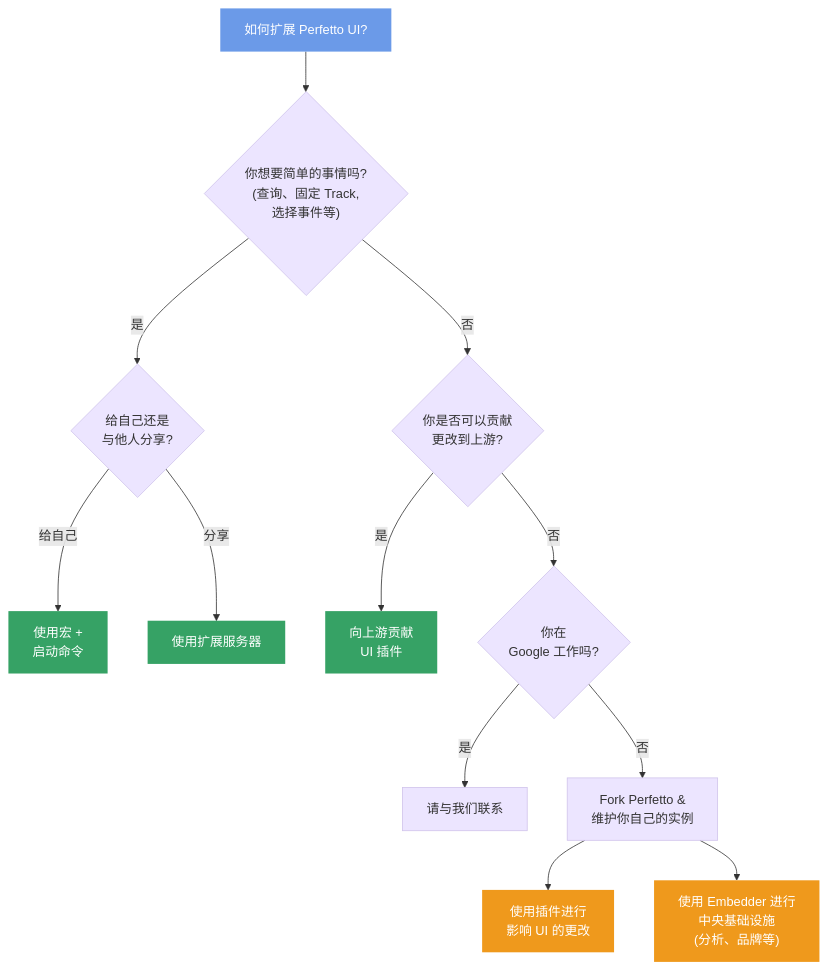
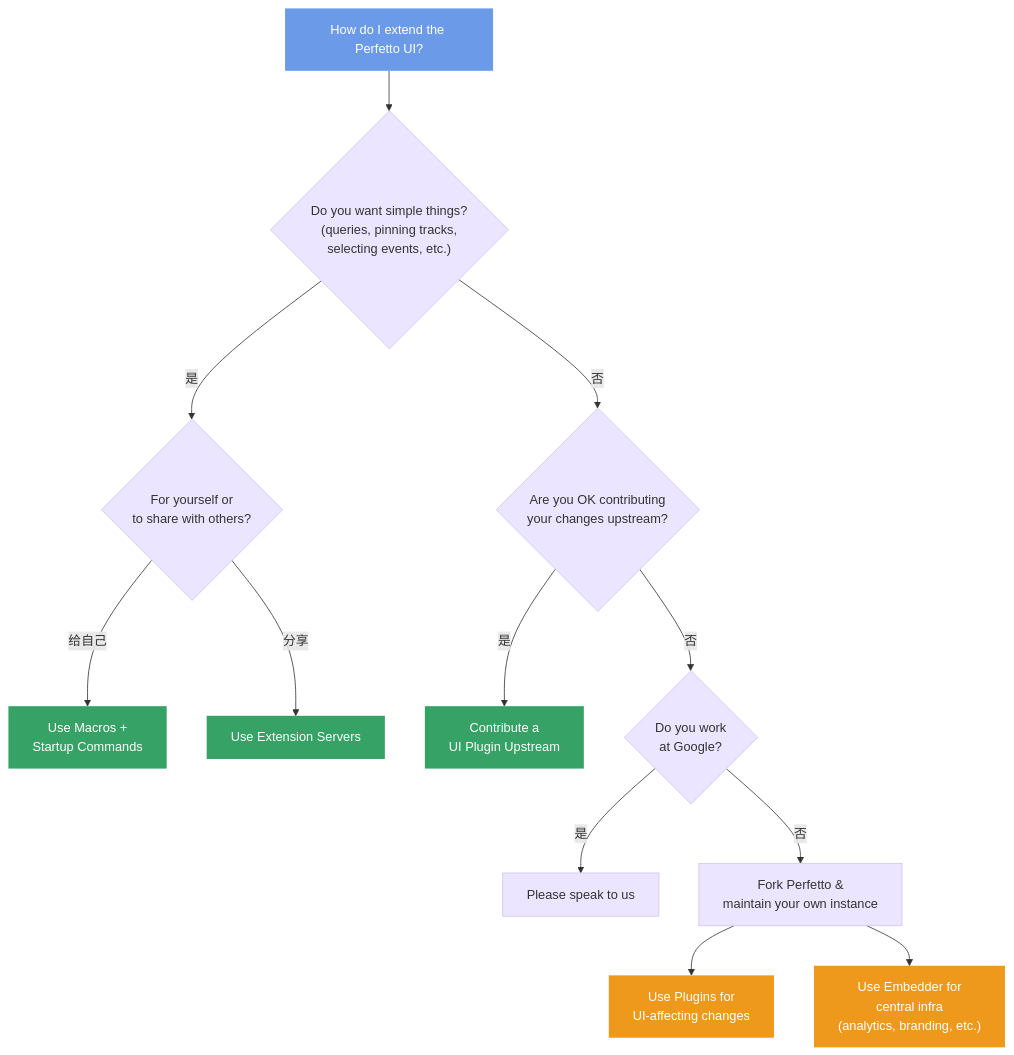
The diagram in docs/visualization/extending-the-ui.md (GuGu-Perf/perfetto-docs-zh-cn), drawn with Mermaid before and after one commit. The commit also changed 62 other files, not shown here.

````diff
--- a/docs/visualization/extending-the-ui.md
+++ b/docs/visualization/extending-the-ui.md
@@ -7,61 +7,61 @@
 ```mermaid
 graph TD
- Start["如何扩展 Perfetto UI?"]
- Q1{"你想要简单的事情吗?<br>(查询、固定 Track,<br>选择事件等)"}
+    Start["How do I extend the Perfetto UI?"]
+    Q1{"Do you want simple things?<br>(queries, pinning tracks,<br>selecting events, etc.)"}
 
- Start --> Q1
+    Start --> Q1
 
- Q2{"给自己还是<br>与他人分享?"}
- Q3{"你是否可以贡献<br>更改到上游?"}
+    Q2{"For yourself or<br>to share with others?"}
+    Q3{"Are you OK contributing<br>your changes upstream?"}
 
- Q1 -->|是| Q2
- Q1 -->|否| Q3
+    Q1 -->|是| Q2
+    Q1 -->|否| Q3
 
- Out1["使用宏 +<br>启动命令"]
- Out2["使用扩展服务器"]
+    Out1["Use Macros +<br>Startup Commands"]
+    Out2["Use Extension Servers"]
 
- Q2 -->|给自己| Out1
- Q2 -->|分享| Out2
+    Q2 -->|给自己| Out1
+    Q2 -->|分享| Out2
 
- Out3["向上游贡献<br>UI 插件"]
- Q4{"你在<br>Google 工作吗?"}
+    Out3["Contribute a<br>UI Plugin Upstream"]
+    Q4{"Do you work<br>at Google?"}
 
- Q3 -->|是| Out3
- Q3 -->|否| Q4
+    Q3 -->|是| Out3
+    Q3 -->|否| Q4
 
- Out4["请与我们联系"]
- Out5["Fork Perfetto &<br>维护你自己的实例"]
+    Out4["Please speak to us"]
+    Out5["Fork Perfetto &<br>maintain your own instance"]
 
- Q4 -->|是| Out4
- Q4 -->|否| Out5
+    Q4 -->|是| Out4
+    Q4 -->|否| Out5
 
- Out6["使用插件进行<br>影响 UI 的更改"]
- Out7["使用 Embedder 进行<br>中央基础设施<br>(分析、品牌等)"]
+    Out6["Use Plugins for<br>UI-affecting changes"]
+    Out7["Use Embedder for<br>central infra<br>(analytics, branding, etc.)"]
 
- Out5 --> Out6
- Out5 --> Out7
+    Out5 --> Out6
+    Out5 --> Out7
 
- click Out1 "/docs/visualization/ui-automation" "命令和宏"
- click Out2 "/docs/visualization/extension-servers" "扩展服务器设置"
- click Out3 "/docs/contributing/ui-plugins" "UI 插件"
- click Out4 "https://github.com/google/perfetto/issues" "打开问题"
- click Out6 "/docs/contributing/ui-plugins" "UI 插件"
+    click Out1 "/docs/visualization/ui-automation" "Commands and Macros"
+    click Out2 "/docs/visualization/extension-servers" "Extension Server Setup"
+    click Out3 "/docs/contributing/ui-plugins" "UI Plugins"
+    click Out4 "https://github.com/google/perfetto/issues" "Open an issue"
+    click Out6 "/docs/contributing/ui-plugins" "UI Plugins"
 
- %% 样式
- style Start fill:#6b9ae8,color:#fff,stroke:none
+    %% Styling
+    style Start fill:#6b9ae8,color:#fff,stroke:none
 
- style Q1 fill:#ece5ff,stroke:#d0c4eb,color:#333
- style Q2 fill:#ece5ff,stroke:#d0c4eb,color:#333
- style Q3 fill:#ece5ff,stroke:#d0c4eb,color:#333
- style Q4 fill:#ece5ff,stroke:#d0c4eb,color:#333
+    style Q1 fill:#ece5ff,stroke:#d0c4eb,color:#333
+    style Q2 fill:#ece5ff,stroke:#d0c4eb,color:#333
+    style Q3 fill:#ece5ff,stroke:#d0c4eb,color:#333
+    style Q4 fill:#ece5ff,stroke:#d0c4eb,color:#333
 
- style Out1 fill:#36a265,color:#fff,stroke:none
- style Out2 fill:#36a265,color:#fff,stroke:none
- style Out3 fill:#36a265,color:#fff,stroke:none
+    style Out1 fill:#36a265,color:#fff,stroke:none
+    style Out2 fill:#36a265,color:#fff,stroke:none
+    style Out3 fill:#36a265,color:#fff,stroke:none
 
- style Out4 fill:#ece5ff,stroke:#d0c4eb,color:#333
- style Out5 fill:#ece5ff,stroke:#d0c4eb,color:#333
+    style Out4 fill:#ece5ff,stroke:#d0c4eb,color:#333
+    style Out5 fill:#ece5ff,stroke:#d0c4eb,color:#333
 
- style Out6 fill:#ef991c,color:#fff,stroke:none
- style Out7 fill:#ef991c,color:#fff,stroke:none
+    style Out6 fill:#ef991c,color:#fff,stroke:none
+    style Out7 fill:#ef991c,color:#fff,stroke:none
 ```
````
